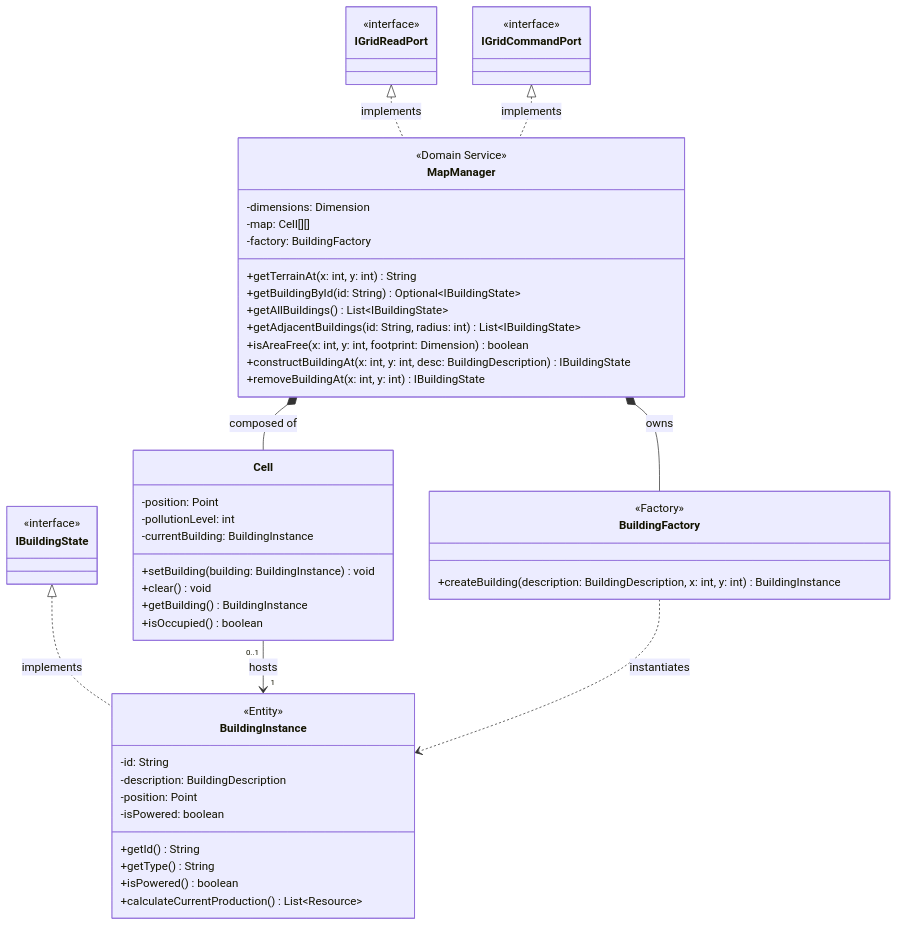
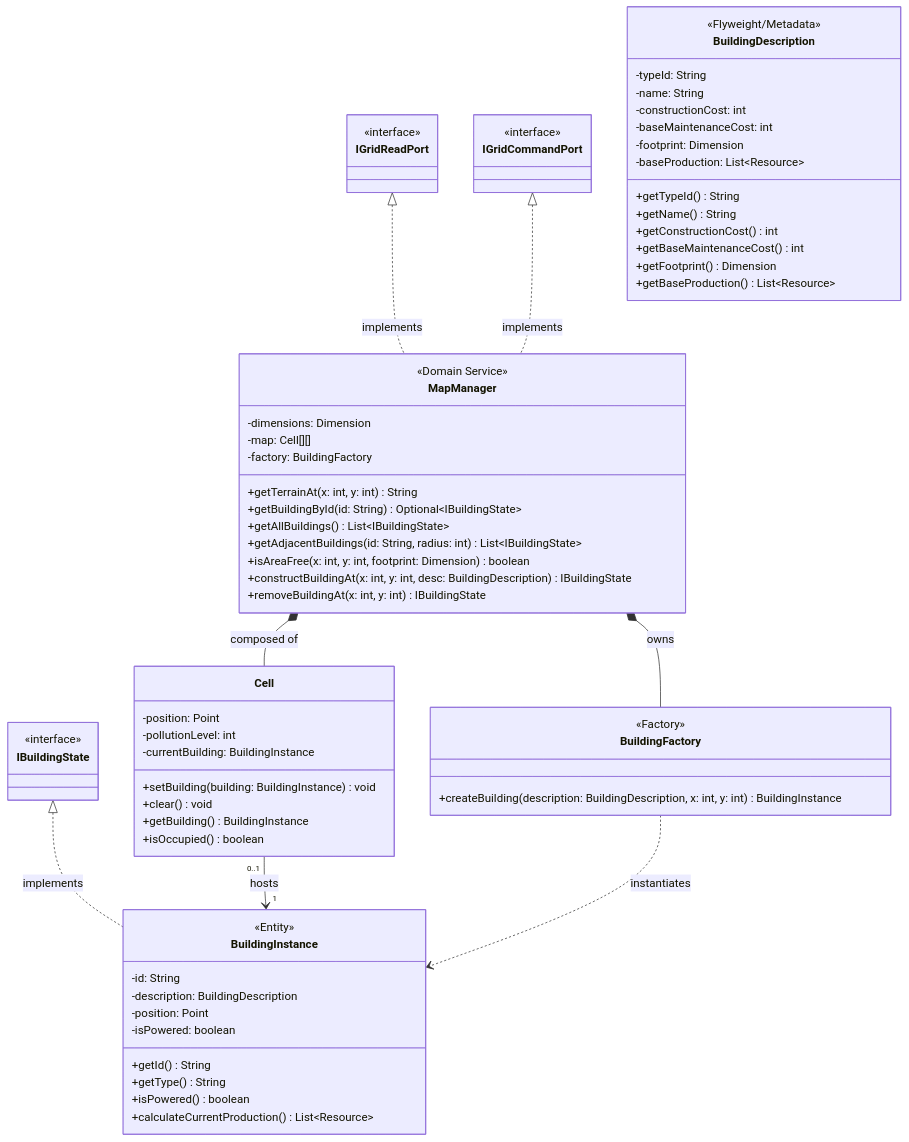
One commit to LeonardoBellan/CityLogic changed the diagram in docs/Design Class Diagrams/mapDomain.md. Above: the diagram before and after it, drawn with Mermaid. The commit also changed 14 other files, not shown here.

````diff
--- a/docs/Design Class Diagrams/mapDomain.md
+++ b/docs/Design Class Diagrams/mapDomain.md
@@ -1,63 +1,79 @@
 ```mermaid
 classDiagram
 direction TB
 
     %% External Interfaces (Defined in SharedContracts)
     class IGridReadPort { <<interface>> }
     class IGridCommandPort { <<interface>> }
     class IBuildingState { <<interface>> }
 
     %% ==========================================
     %% MAP DOMAIN CORE
     %% ==========================================
     class MapManager {
         <<Domain Service>>
         -dimensions: Dimension
         -map: Cell[][]
         -factory: BuildingFactory
         +getTerrainAt(x: int, y: int) String
         +getBuildingById(id: String) Optional~IBuildingState~
         +getAllBuildings() List~IBuildingState~
         +getAdjacentBuildings(id: String, radius: int) List~IBuildingState~
         +isAreaFree(x: int, y: int, footprint: Dimension) boolean
         +constructBuildingAt(x: int, y: int, desc: BuildingDescription) IBuildingState
         +removeBuildingAt(x: int, y: int) IBuildingState
     }
 
     class BuildingInstance {
         <<Entity>>
         -id: String
         -description: BuildingDescription
         -position: Point
         -isPowered: boolean
         +getId() String
         +getType() String
         +isPowered() boolean
         +calculateCurrentProduction() List~Resource~
     }
 
     class Cell {
         -position: Point
         -pollutionLevel: int
         -currentBuilding: BuildingInstance
         +setBuilding(building: BuildingInstance) void
         +clear() void
         +getBuilding() BuildingInstance
         +isOccupied() boolean
     }
 
+    class BuildingDescription {
+        <<Flyweight/Metadata>>
+        -typeId: String
+        -name: String
+        -constructionCost: int
+        -baseMaintenanceCost: int
+        -footprint: Dimension
+        -baseProduction: List~Resource~
+        +getTypeId() String
+        +getName() String
+        +getConstructionCost() int
+        +getBaseMaintenanceCost() int
+        +getFootprint() Dimension
+        +getBaseProduction() List~Resource~
+    }
+
     class BuildingFactory {
         <<Factory>>
         +createBuilding(description: BuildingDescription, x: int, y: int) BuildingInstance
     }
 
     %% Relations
     IGridReadPort <|.. MapManager : implements
     IGridCommandPort <|.. MapManager : implements
     IBuildingState <|.. BuildingInstance : implements
 
     MapManager *-- Cell : composed of
     MapManager *-- BuildingFactory : owns
     Cell "0..1" --> "1" BuildingInstance : hosts
     BuildingFactory ..> BuildingInstance : instantiates
 ```
````
